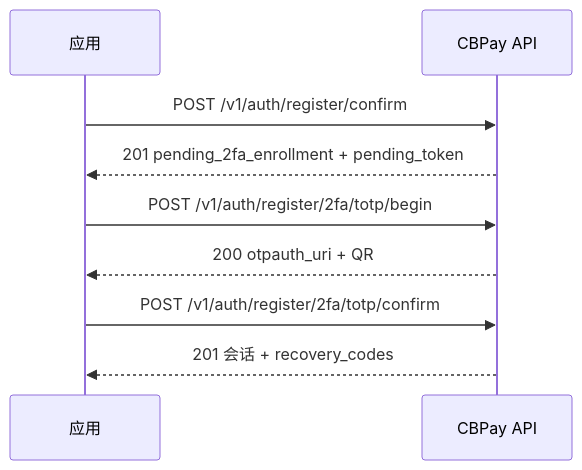
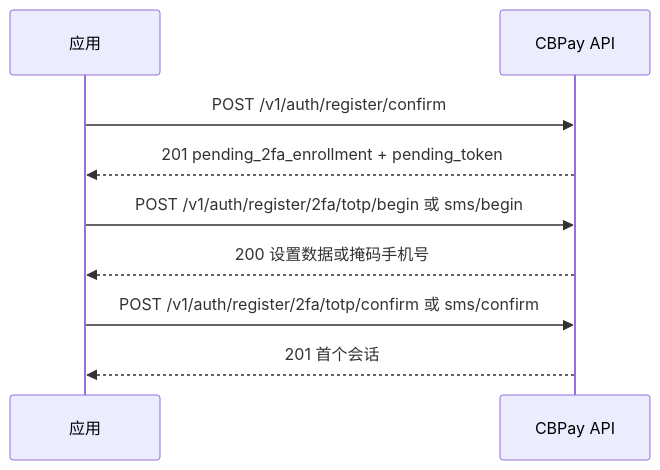
One commit to CBpayapp/cbpay-docs changed the second of 2 diagrams in mcp-pack/guides/zh/security-2fa.md. Above: the diagram before and after it, drawn with Mermaid. The commit also changed other lines of this file and 51 other files, not shown here.

````diff
--- a/mcp-pack/guides/zh/security-2fa.md
+++ b/mcp-pack/guides/zh/security-2fa.md
@@ -214,11 +217,11 @@
 ```mermaid
 sequenceDiagram
   participant A as 应用
   participant API as CBPay API
   A->>API: POST /v1/auth/register/confirm
   API-->>A: 201 pending_2fa_enrollment + pending_token
-  A->>API: POST /v1/auth/register/2fa/totp/begin
-  API-->>A: 200 otpauth_uri + QR
-  A->>API: POST /v1/auth/register/2fa/totp/confirm
-  API-->>A: 201 会话 + recovery_codes
+  A->>API: POST /v1/auth/register/2fa/totp/begin 或 sms/begin
+  API-->>A: 200 设置数据或掩码手机号
+  A->>API: POST /v1/auth/register/2fa/totp/confirm 或 sms/confirm
+  API-->>A: 201 首个会话
 ```
````
